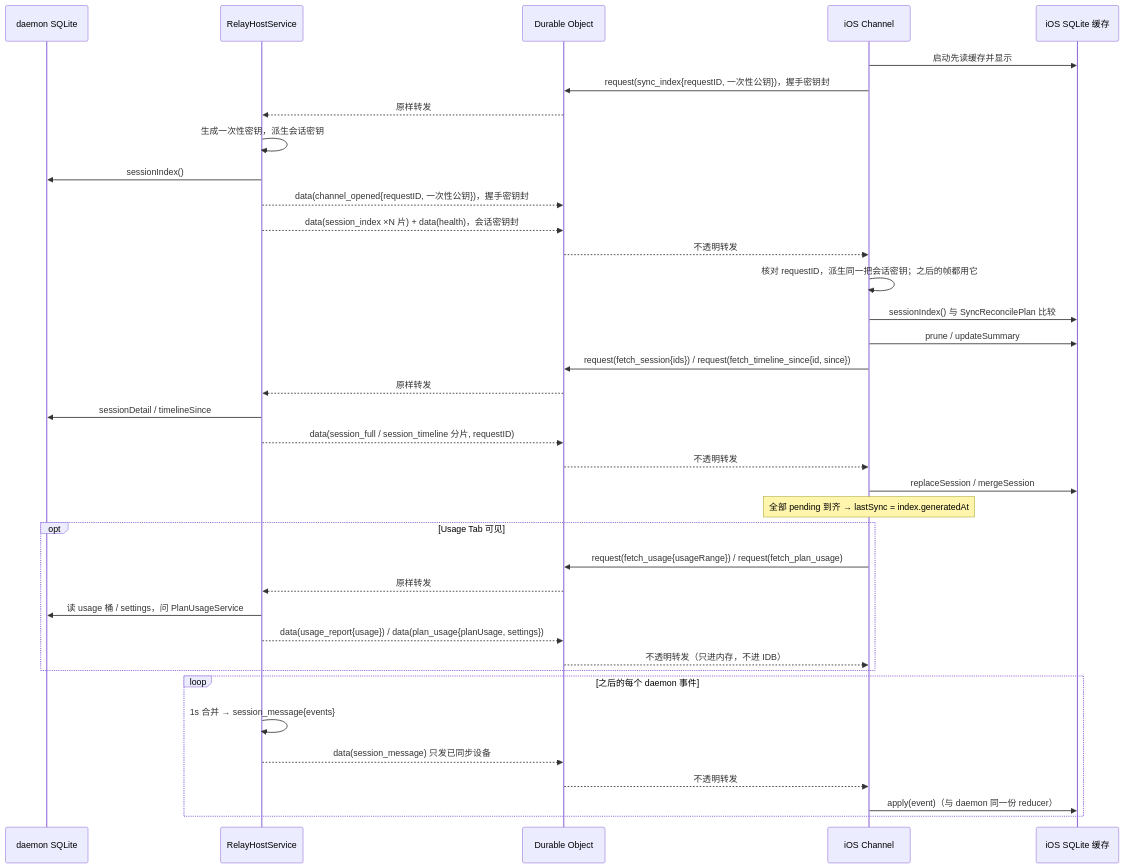
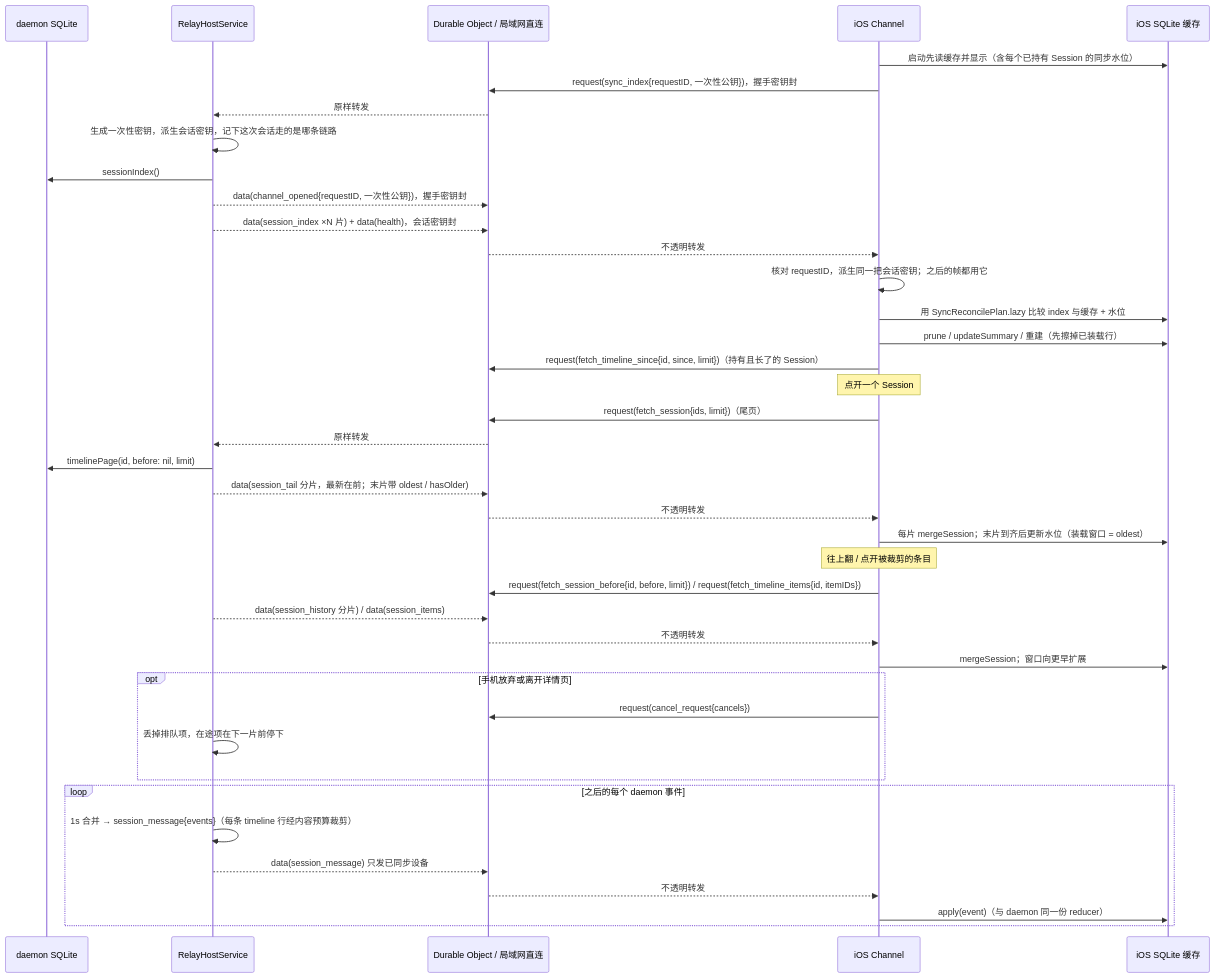
One commit to AFutureD/Lumi changed the second of 2 diagrams in docs/design/data-communication-storage.md. Above: the diagram before and after it, drawn with Mermaid. The commit also changed other lines of this file and 55 other files, not shown here.

````diff
--- a/docs/design/data-communication-storage.md
+++ b/docs/design/data-communication-storage.md
@@ -167,40 +167,43 @@
 ```mermaid
 sequenceDiagram
     participant D as daemon SQLite
     participant H as RelayHostService
-    participant R as Durable Object
+    participant R as Durable Object / 局域网直连
     participant I as iOS Channel
     participant IDB as iOS SQLite 缓存
 
-    I->>IDB: 启动先读缓存并显示
+    I->>IDB: 启动先读缓存并显示（含每个已持有 Session 的同步水位）
     I->>R: request(sync_index{requestID, 一次性公钥})，握手密钥封
     R-->>H: 原样转发
-    H->>H: 生成一次性密钥，派生会话密钥
+    H->>H: 生成一次性密钥，派生会话密钥，记下这次会话走的是哪条链路
     H->>D: sessionIndex()
     H-->>R: data(channel_opened{requestID, 一次性公钥})，握手密钥封
     H-->>R: data(session_index ×N 片) + data(health)，会话密钥封
     R-->>I: 不透明转发
     I->>I: 核对 requestID，派生同一把会话密钥；之后的帧都用它
-    I->>IDB: sessionIndex() 与 SyncReconcilePlan 比较
-    I->>IDB: prune / updateSummary
-    I->>R: request(fetch_session{ids}) / request(fetch_timeline_since{id, since})
+    I->>IDB: 用 SyncReconcilePlan.lazy 比较 index 与缓存 + 水位
+    I->>IDB: prune / updateSummary / 重建（先擦掉已装载行）
+    I->>R: request(fetch_timeline_since{id, since, limit})（持有且长了的 Session）
+    Note over I: 点开一个 Session
+    I->>R: request(fetch_session{ids, limit})（尾页）
     R-->>H: 原样转发
-    H->>D: sessionDetail / timelineSince
-    H-->>R: data(session_full / session_timeline 分片, requestID)
+    H->>D: timelinePage(id, before: nil, limit)
+    H-->>R: data(session_tail 分片，最新在前；末片带 oldest / hasOlder)
     R-->>I: 不透明转发
-    I->>IDB: replaceSession / mergeSession
-    Note over I: 全部 pending 到齐 → lastSync = index.generatedAt
-    opt Usage Tab 可见
-        I->>R: request(fetch_usage{usageRange}) / request(fetch_plan_usage)
-        R-->>H: 原样转发
-        H->>D: 读 usage 桶 / settings，问 PlanUsageService
-        H-->>R: data(usage_report{usage}) / data(plan_usage{planUsage, settings})
-        R-->>I: 不透明转发（只进内存，不进 IDB）
+    I->>IDB: 每片 mergeSession；末片到齐后更新水位（装载窗口 = oldest）
+    Note over I: 往上翻 / 点开被裁剪的条目
+    I->>R: request(fetch_session_before{id, before, limit}) / request(fetch_timeline_items{id, itemIDs})
+    H-->>R: data(session_history 分片) / data(session_items)
+    R-->>I: 不透明转发
+    I->>IDB: mergeSession；窗口向更早扩展
+    opt 手机放弃或离开详情页
+        I->>R: request(cancel_request{cancels})
+        H->>H: 丢掉排队项，在途项在下一片前停下
     end
     loop 之后的每个 daemon 事件
-        H->>H: 1s 合并 → session_message{events}
+        H->>H: 1s 合并 → session_message{events}（每条 timeline 行经内容预算裁剪）
         H-->>R: data(session_message) 只发已同步设备
         R-->>I: 不透明转发
         I->>IDB: apply(event)（与 daemon 同一份 reducer）
     end
 ```
````
